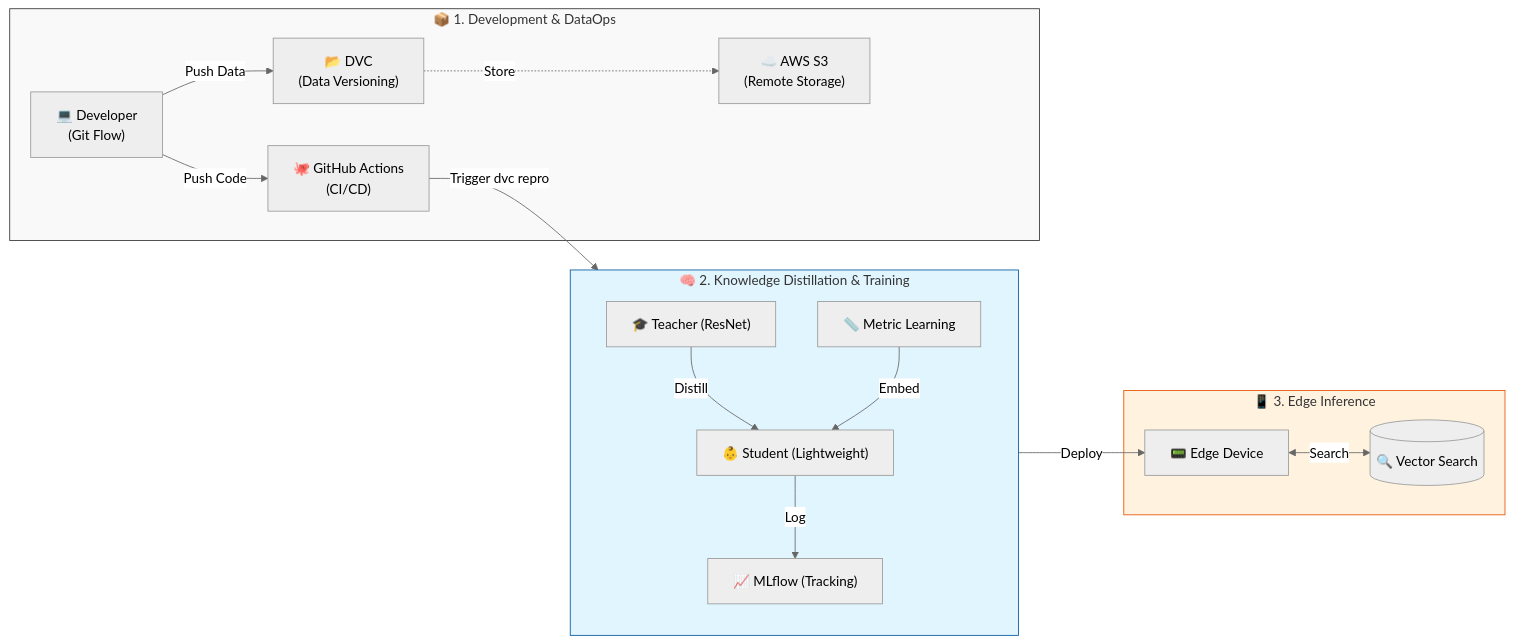
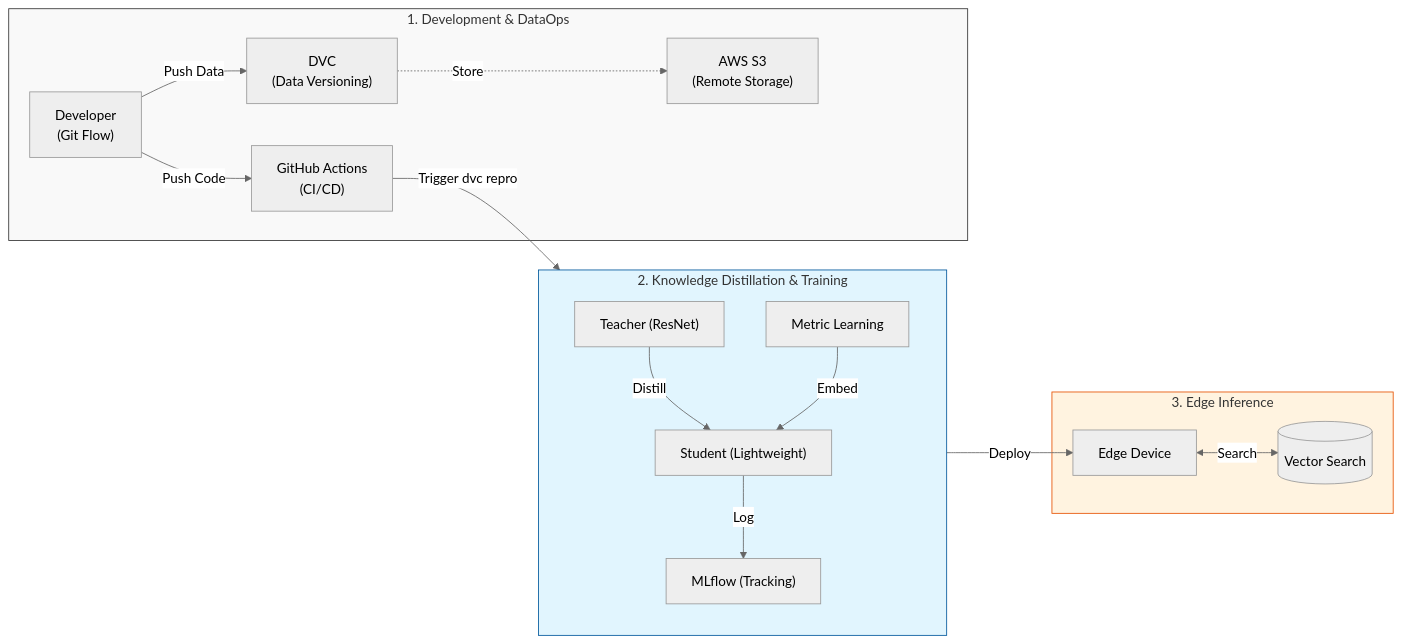
One commit to sitta07/Pilltrack-Edge-mlops changed the diagram in README.md. Above: the diagram before and after it, drawn with Mermaid (neutral theme).

````diff
--- a/README.md
+++ b/README.md
@@ -15,39 +15,39 @@
 ```mermaid
 graph LR
-    subgraph Development_and_DataOps ["📦 1. Development & DataOps"]
-        Dev["💻 Developer<br/>(Git Flow)"]
-        GitHub["🐙 GitHub Actions<br/>(CI/CD)"]
-        DVC["📂 DVC<br/>(Data Versioning)"]
-        S3["☁️ AWS S3<br/>(Remote Storage)"]
+    subgraph Development_and_DataOps ["1. Development & DataOps"]
+        Dev["Developer<br/>(Git Flow)"]
+        GitHub["GitHub Actions<br/>(CI/CD)"]
+        DVC["DVC<br/>(Data Versioning)"]
+        S3["AWS S3<br/>(Remote Storage)"]
     end
 
-    subgraph Training_Pipeline ["🧠 2. Knowledge Distillation & Training"]
+    subgraph Training_Pipeline ["2. Knowledge Distillation & Training"]
         direction TB
-        Teacher["🎓 Teacher (ResNet)"]
-        Student["👶 Student (Lightweight)"]
-        MLflow["📈 MLflow (Tracking)"]
-        Metric["📏 Metric Learning"]
+        Teacher["Teacher (ResNet)"]
+        Student["Student (Lightweight)"]
+        MLflow["MLflow (Tracking)"]
+        Metric["Metric Learning"]
         
         Teacher -->|Distill| Student
         Student -->|Log| MLflow
         Metric -->|Embed| Student
     end
 
-    subgraph Edge_Deployment ["📱 3. Edge Inference"]
-        Edge["📟 Edge Device"]
-        VectorDB[("🔍 Vector Search")]
+    subgraph Edge_Deployment ["3. Edge Inference"]
+        Edge["Edge Device"]
+        VectorDB[("Vector Search")]
     end
 
     %% Interactions
     GitHub -->|Trigger dvc repro| Teacher
     Dev -->|Push Code| GitHub
     Dev -->|Push Data| DVC
     DVC -.->|Store| S3
     Student -->|Deploy| Edge
     Edge <-->|Search| VectorDB
 
     %% Styling
     style Development_and_DataOps fill:#f9f9f9,stroke:#333
     style Training_Pipeline fill:#e1f5fe,stroke:#01579b
     style Edge_Deployment fill:#fff3e0,stroke:#e65100
 ```
````
